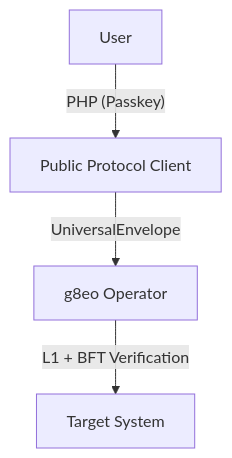
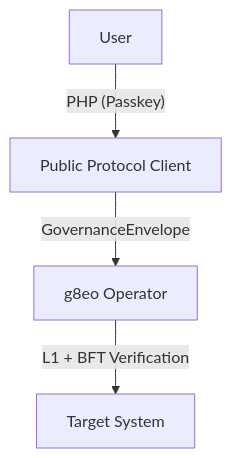
The diagram in docs/architecture/security.md (g8e-ai/g8e), drawn with Mermaid before and after one commit. The commit also changed other lines of this file and 107 other files, not shown here.

````diff
--- a/docs/architecture/security.md
+++ b/docs/architecture/security.md
@@ -61,6 +61,6 @@
 ```mermaid
 graph TD
     User[User] -- "PHP (Passkey)" --> Client[Public Protocol Client]
-    Client -- "UniversalEnvelope" --> g8eo[g8eo Operator]
+    Client -- "GovernanceEnvelope" --> g8eo[g8eo Operator]
     g8eo -- "L1 + BFT Verification" --> Host[Target System]
 ```
````
